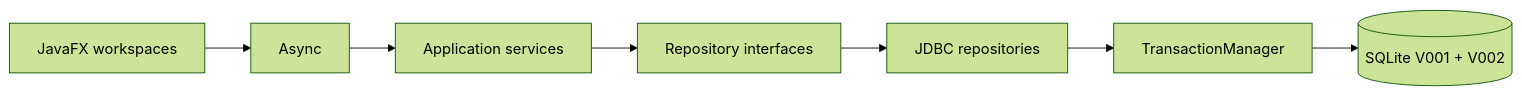
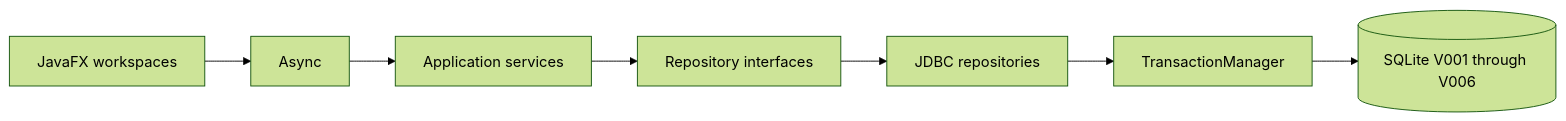
One commit to PaulBradars/ResearchFlow changed the first of 2 diagrams in docs/architecture/CURRENT_IMPLEMENTED_ARCHITECTURE.md. Above: the diagram before and after it, drawn with Mermaid (forest theme). The commit also changed other lines of this file and 187 other files, not shown here.

````diff
--- a/docs/architecture/CURRENT_IMPLEMENTED_ARCHITECTURE.md
+++ b/docs/architecture/CURRENT_IMPLEMENTED_ARCHITECTURE.md
@@ -21,9 +44,9 @@
 ```mermaid
 flowchart LR
     UI[JavaFX workspaces] --> AS[Async]
     AS --> S[Application services]
     S --> RI[Repository interfaces]
     RI --> JDBC[JDBC repositories]
     JDBC --> TM[TransactionManager]
-    TM --> DB[(SQLite V001 + V002)]
+    TM --> DB[(SQLite V001 through V006)]
 ```
````
